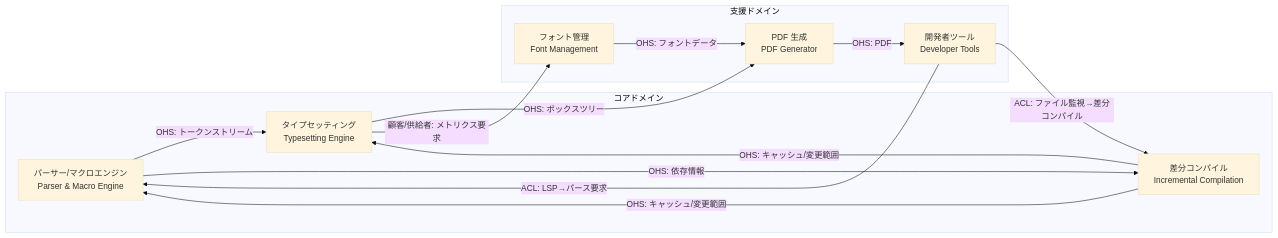
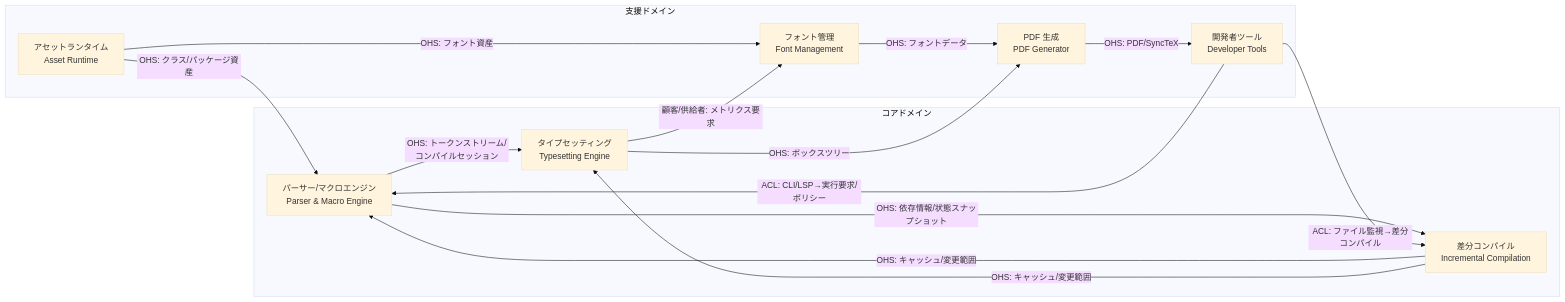
Before and after one commit to RK0429/ferritex: the first of 11 diagrams in docs/domain_model.md, drawn with Mermaid (base theme). The commit also changed other lines of this file and 1 other file, not shown here.

````diff
--- a/docs/domain_model.md
+++ b/docs/domain_model.md
@@ -29,25 +30,28 @@
 ```mermaid
 graph LR
     subgraph コアドメイン
         PE["パーサー/マクロエンジン<br/>Parser & Macro Engine"]
         TS["タイプセッティング<br/>Typesetting Engine"]
         IC["差分コンパイル<br/>Incremental Compilation"]
     end
 
     subgraph 支援ドメイン
+        AR["アセットランタイム<br/>Asset Runtime"]
         PG["PDF 生成<br/>PDF Generator"]
         FM["フォント管理<br/>Font Management"]
         DT["開発者ツール<br/>Developer Tools"]
     end
 
-    PE -->|"OHS: トークンストリーム"| TS
-    PE -->|"OHS: 依存情報"| IC
+    AR -->|"OHS: クラス/パッケージ資産"| PE
+    AR -->|"OHS: フォント資産"| FM
+    PE -->|"OHS: トークンストリーム/コンパイルセッション"| TS
+    PE -->|"OHS: 依存情報/状態スナップショット"| IC
     TS -->|"OHS: ボックスツリー"| PG
     TS -->|"顧客/供給者: メトリクス要求"| FM
     FM -->|"OHS: フォントデータ"| PG
     IC -->|"OHS: キャッシュ/変更範囲"| PE
     IC -->|"OHS: キャッシュ/変更範囲"| TS
-    DT -->|"ACL: LSP→パース要求"| PE
+    DT -->|"ACL: CLI/LSP→実行要求/ポリシー"| PE
     DT -->|"ACL: ファイル監視→差分コンパイル"| IC
-    PG -->|"OHS: PDF"| DT
+    PG -->|"OHS: PDF/SyncTeX"| DT
 ```
````
